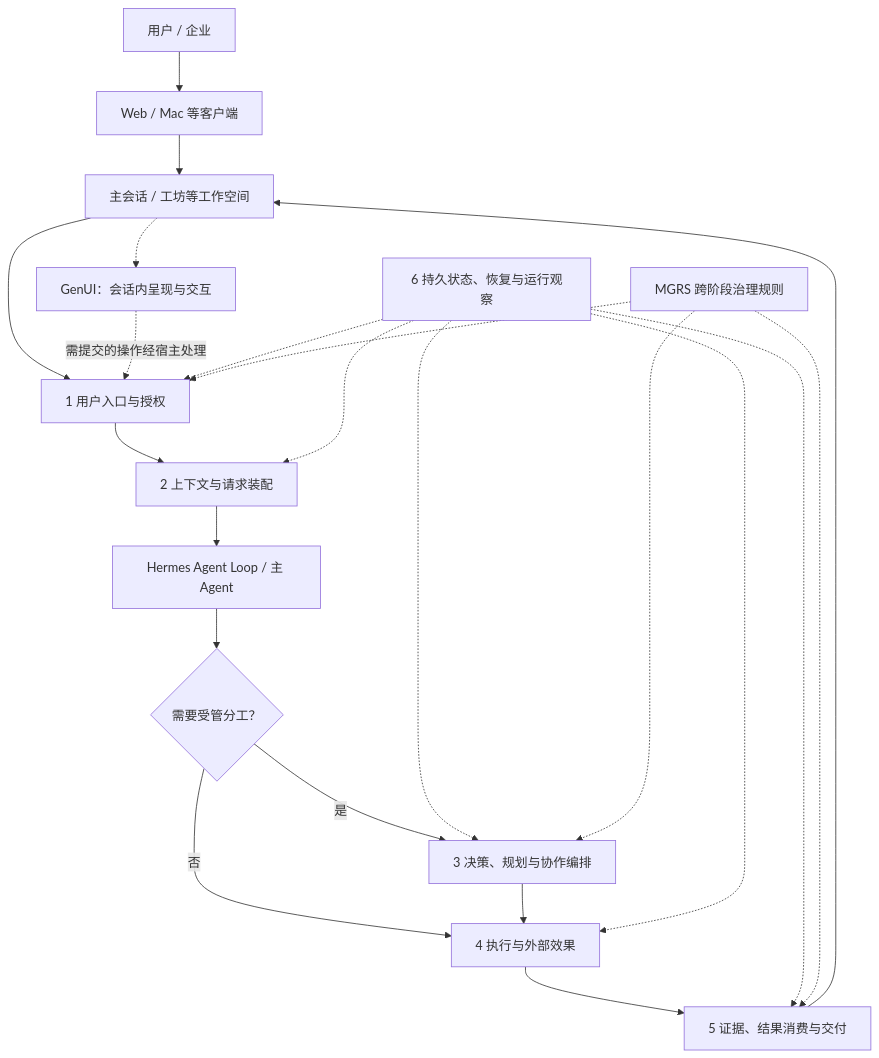
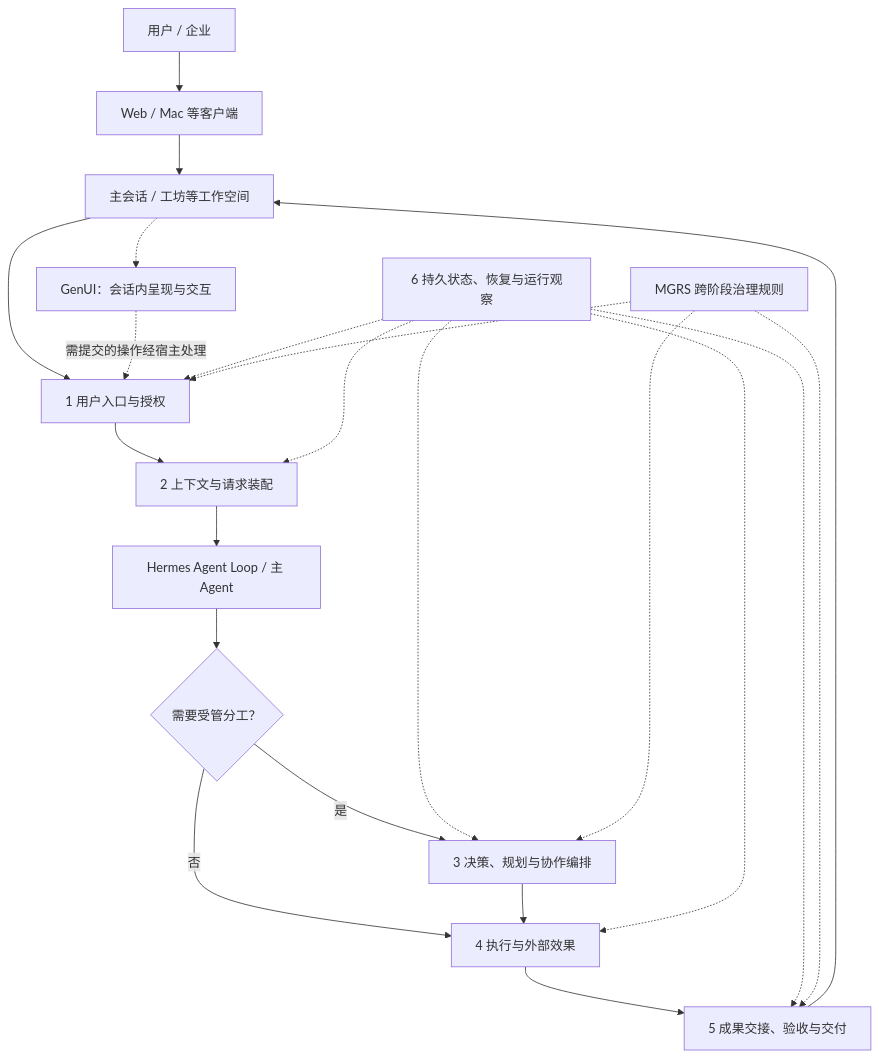
The diagram in MGRS.md (mor765504-gif/MGRS), drawn with Mermaid before and after one commit. The commit also changed other lines of this file and 8 other files, not shown here.

````diff
--- a/MGRS.md
+++ b/MGRS.md
@@ -9,24 +9,24 @@
 ```mermaid
 flowchart TB
     USER["用户 / 企业"] --> CLIENT["Web / Mac 等客户端"]
     CLIENT --> SPACE["主会话 / 工坊等工作空间"]
     SPACE --> P1["1 用户入口与授权"]
     SPACE -.-> GENUI["GenUI：会话内呈现与交互"]
     GENUI -.->|"需提交的操作经宿主处理"| P1
     P1 --> P2["2 上下文与请求装配"]
     P2 --> AGENT["Hermes Agent Loop / 主 Agent"]
     AGENT --> DECIDE{"需要受管分工？"}
     DECIDE -->|"否"| P4["4 执行与外部效果"]
     DECIDE -->|"是"| P3["3 决策、规划与协作编排"]
     P3 --> P4
-    P4 --> P5["5 证据、结果消费与交付"]
+    P4 --> P5["5 成果交接、验收与交付"]
     P5 --> SPACE
     STATE["6 持久状态、恢复与运行观察"] -.-> P1
     STATE -.-> P2
     STATE -.-> P3
     STATE -.-> P4
     STATE -.-> P5
     RULE["MGRS 跨阶段治理规则"] -.-> P1
     RULE -.-> P3
     RULE -.-> P5
 ```
````
